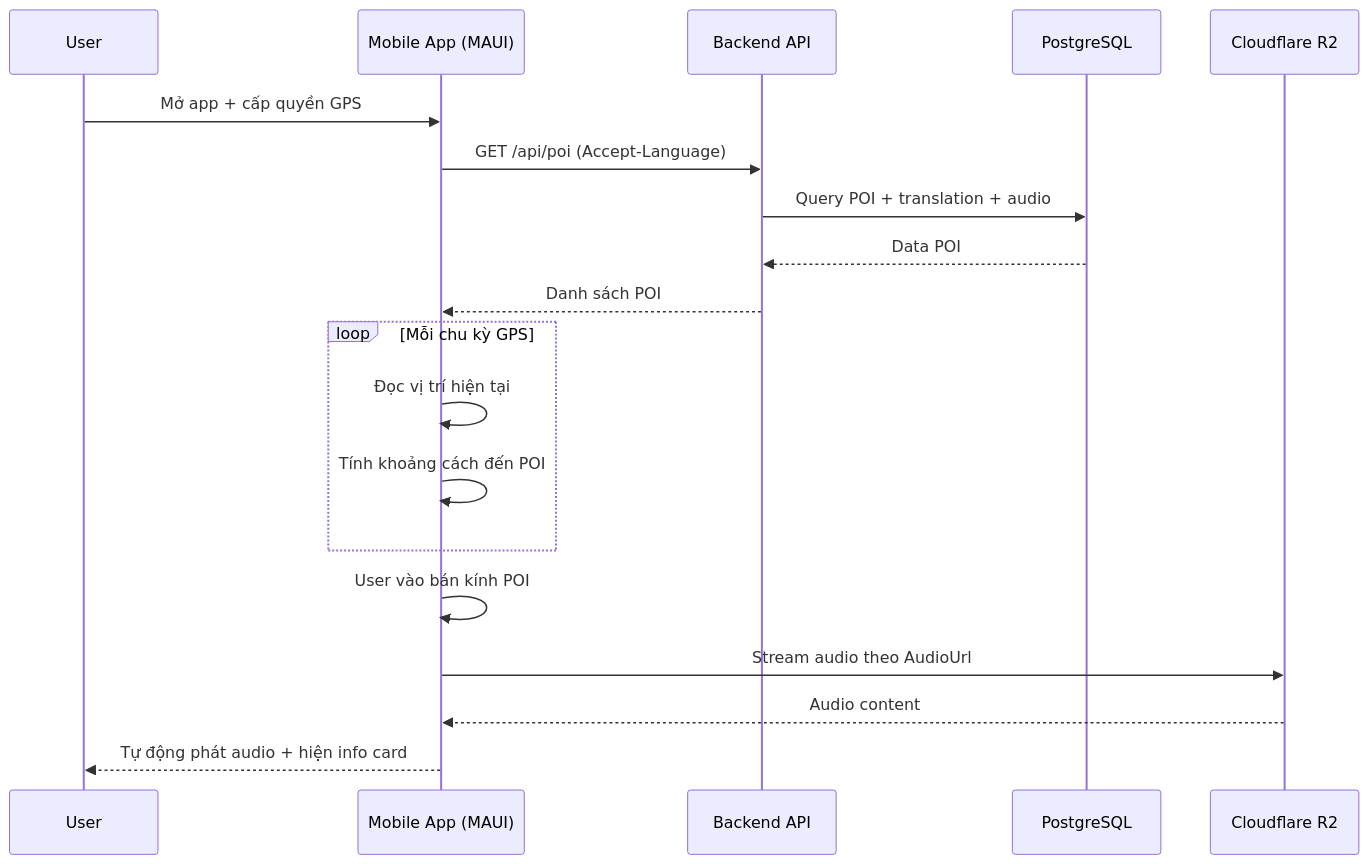
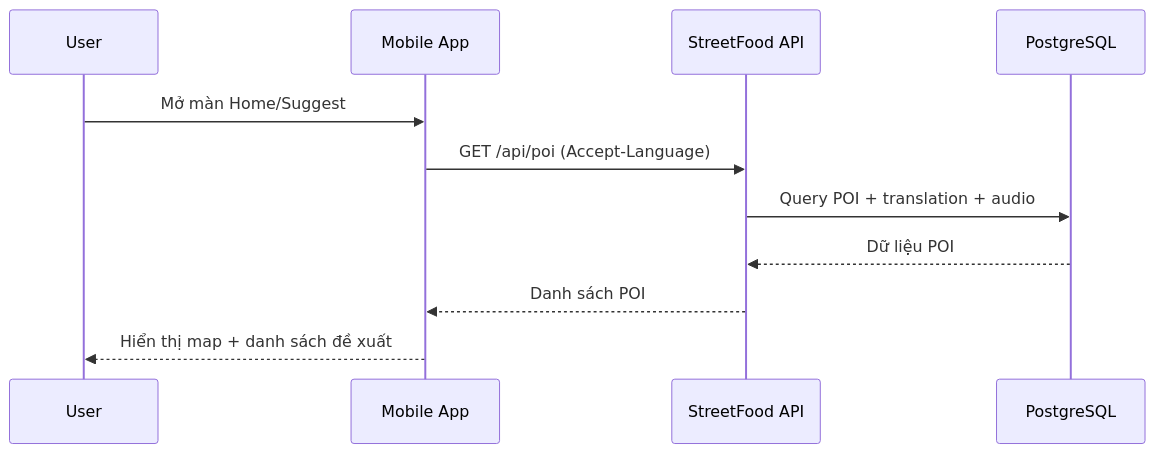
The seventh of 44 diagrams in prd.md (NguyenPhuc-Du/StreetFood), drawn with Mermaid before and after one commit. The commit also changed other lines of this file and 22 other files, not shown here.

````diff
--- a/prd.md
+++ b/prd.md
@@ -694,24 +745,14 @@
 ```mermaid
 sequenceDiagram
     participant U as User
-    participant M as Mobile App (MAUI)
-    participant API as Backend API
+    participant M as Mobile App
+    participant API as StreetFood API
     participant DB as PostgreSQL
-    participant R2 as Cloudflare R2
 
-    U->>M: Mở app + cấp quyền GPS
+    U->>M: Mở màn Home/Suggest
     M->>API: GET /api/poi (Accept-Language)
     API->>DB: Query POI + translation + audio
-    DB-->>API: Data POI
+    DB-->>API: Dữ liệu POI
     API-->>M: Danh sách POI
-
-    loop Mỗi chu kỳ GPS
-      M->>M: Đọc vị trí hiện tại
-      M->>M: Tính khoảng cách đến POI
-    end
-
-    M->>M: User vào bán kính POI
-    M->>R2: Stream audio theo AudioUrl
-    R2-->>M: Audio content
-    M-->>U: Tự động phát audio + hiện info card
+    M-->>U: Hiển thị map + danh sách đề xuất
 ```
````
